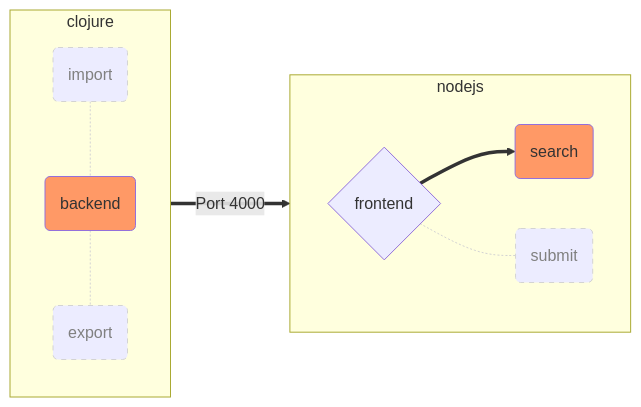
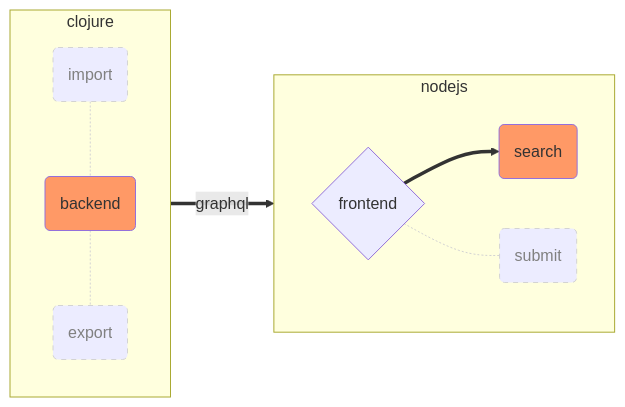
One commit to internet4refugees/beherbergung changed the first of 2 diagrams in architecture.md. Above: the diagram before and after it, drawn with Mermaid.

````diff
--- a/architecture.md
+++ b/architecture.md
@@ -1,19 +1,19 @@
 ```mermaid
 flowchart LR;
     classDef focus fill:#f96;
     classDef hide_ color:gray , stroke-dasharray: 5 5 , stroke:lightgray;
     subgraph clojure
         I(import):::hide_ -.- B(backend):::focus
         B -.- e(export):::hide_
     end
     subgraph nodejs
         direction LR
         C{frontend}
         C ==> D(search):::focus
         C -.- E(submit):::hide_
     end
-    clojure ==Port 4000==> nodejs
+    clojure ==graphql==> nodejs
     linkStyle 0 stroke:lightgrey;
     linkStyle 1 stroke:lightgrey;
     linkStyle 3 stroke:lightgrey;
 ```
````
